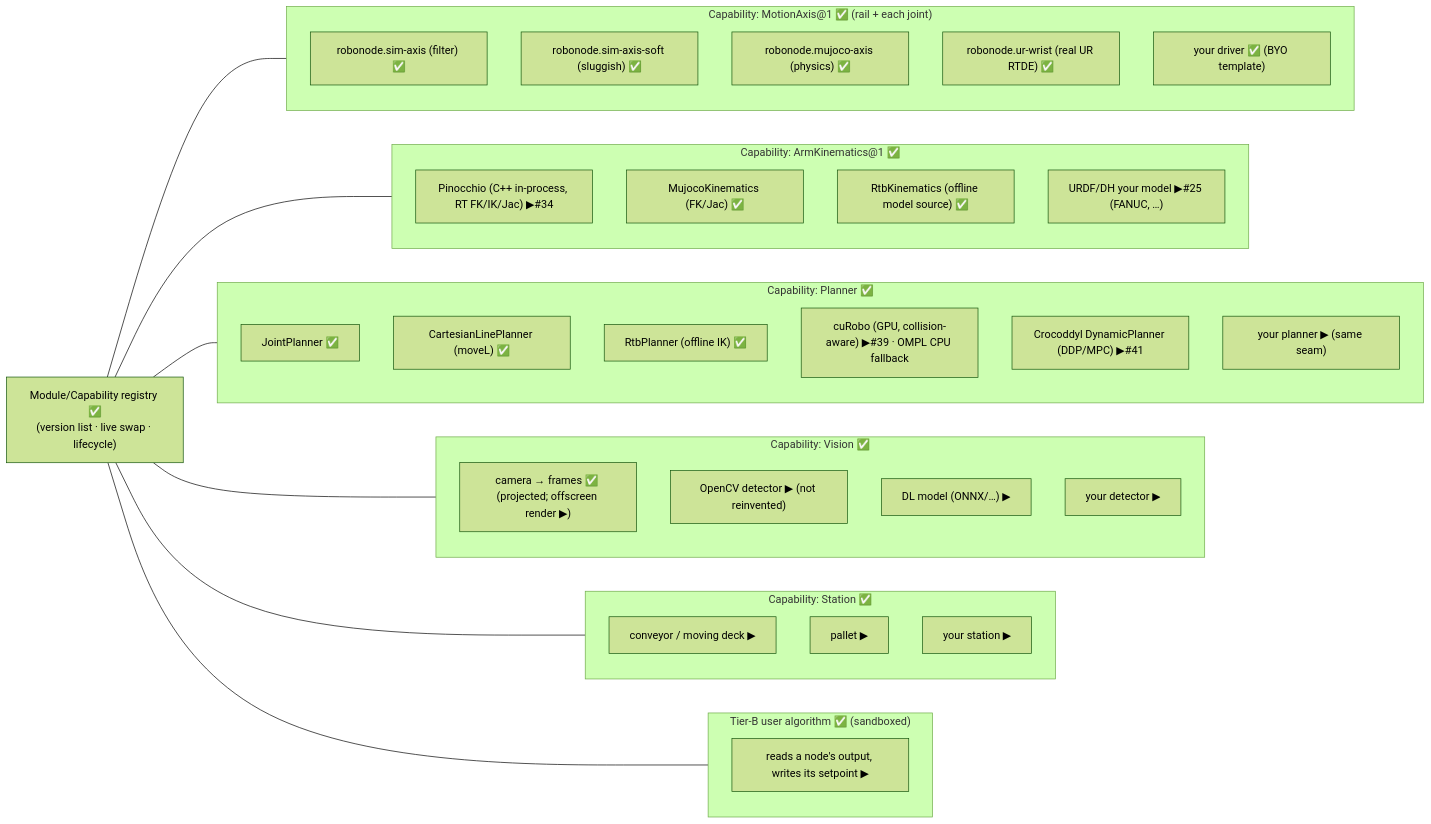
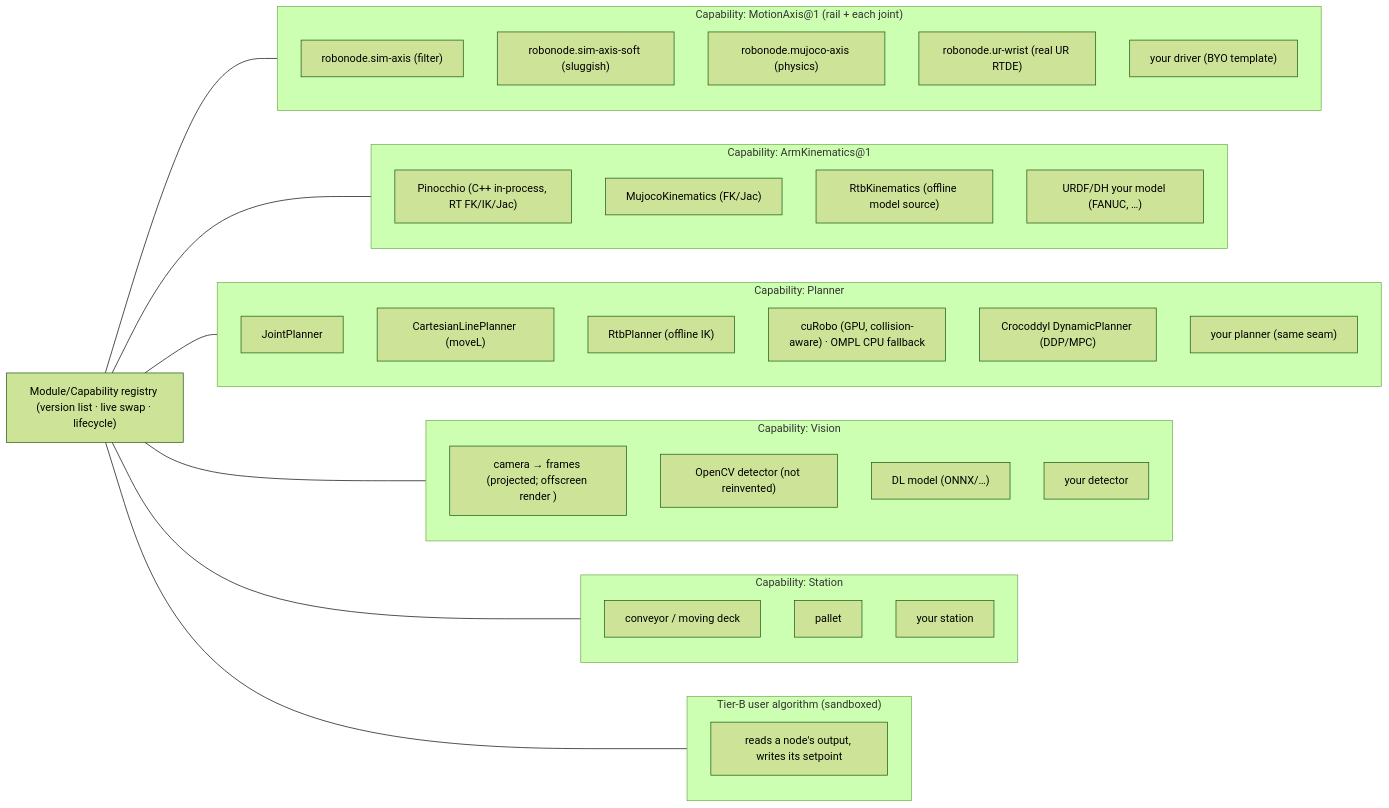
The second of 4 diagrams in docs/ARCHITECTURE.md (brmel/robonode), drawn with Mermaid (forest theme) before and after one commit. The commit also changed other lines of this file and 16 other files, not shown here.

````diff
--- a/docs/ARCHITECTURE.md
+++ b/docs/ARCHITECTURE.md
@@ -216,41 +230,41 @@
 ```mermaid
 flowchart LR
-  subgraph MotionAxis["Capability: MotionAxis@1 ✅ (rail + each joint)"]
-    A1["robonode.sim-axis (filter) ✅"]
-    A2["robonode.sim-axis-soft (sluggish) ✅"]
-    A3["robonode.mujoco-axis (physics) ✅"]
-    A4["robonode.ur-wrist (real UR RTDE) ✅"]
-    A5["your driver ✅ (BYO template)"]
+  subgraph MotionAxis["Capability: MotionAxis@1 (rail + each joint)"]
+    A1["robonode.sim-axis (filter)"]
+    A2["robonode.sim-axis-soft (sluggish)"]
+    A3["robonode.mujoco-axis (physics)"]
+    A4["robonode.ur-wrist (real UR RTDE)"]
+    A5["your driver (BYO template)"]
   end
-  subgraph Arm["Capability: ArmKinematics@1 ✅"]
-    K0["Pinocchio (C++ in-process, RT FK/IK/Jac) ▶#34"]
-    K1["MujocoKinematics (FK/Jac) ✅"]
-    K2["RtbKinematics (offline model source) ✅"]
-    K3["URDF/DH your model ▶#25 (FANUC, …)"]
+  subgraph Arm["Capability: ArmKinematics@1"]
+    K0["Pinocchio (C++ in-process, RT FK/IK/Jac)"]
+    K1["MujocoKinematics (FK/Jac)"]
+    K2["RtbKinematics (offline model source)"]
+    K3["URDF/DH your model (FANUC, …)"]
   end
-  subgraph Plan["Capability: Planner ✅"]
-    P1["JointPlanner ✅"]
-    P2["CartesianLinePlanner (moveL) ✅"]
-    P3["RtbPlanner (offline IK) ✅"]
-    P4["cuRobo (GPU, collision-aware) ▶#39 · OMPL CPU fallback"]
-    P5["Crocoddyl DynamicPlanner (DDP/MPC) ▶#41"]
-    P6["your planner ▶ (same seam)"]
+  subgraph Plan["Capability: Planner"]
+    P1["JointPlanner"]
+    P2["CartesianLinePlanner (moveL)"]
+    P3["RtbPlanner (offline IK)"]
+    P4["cuRobo (GPU, collision-aware) · OMPL CPU fallback"]
+    P5["Crocoddyl DynamicPlanner (DDP/MPC)"]
+    P6["your planner (same seam)"]
   end
-  subgraph Vision["Capability: Vision ✅"]
-    V1["camera → frames ✅ (projected; offscreen render ▶)"]
-    V2["OpenCV detector ▶ (not reinvented)"]
-    V3["DL model (ONNX/…) ▶"]
-    V4["your detector ▶"]
+  subgraph Vision["Capability: Vision"]
+    V1["camera → frames (projected; offscreen render )"]
+    V2["OpenCV detector (not reinvented)"]
+    V3["DL model (ONNX/…)"]
+    V4["your detector"]
   end
-  subgraph Station["Capability: Station ✅"]
-    S1["conveyor / moving deck ▶"]
-    S2["pallet ▶"]
-    S3["your station ▶"]
+  subgraph Station["Capability: Station"]
+    S1["conveyor / moving deck"]
+    S2["pallet"]
+    S3["your station"]
   end
-  subgraph Algo["Tier-B user algorithm ✅ (sandboxed)"]
-    Z1["reads a node's output, writes its setpoint ▶"]
+  subgraph Algo["Tier-B user algorithm (sandboxed)"]
+    Z1["reads a node's output, writes its setpoint"]
   end
 
-  REG["Module/Capability registry ✅<br/>(version list · live swap · lifecycle)"]
+  REG["Module/Capability registry <br/>(version list · live swap · lifecycle)"]
   REG --- MotionAxis ; REG --- Arm ; REG --- Plan ; REG --- Vision ; REG --- Station ; REG --- Algo
 ```
````
